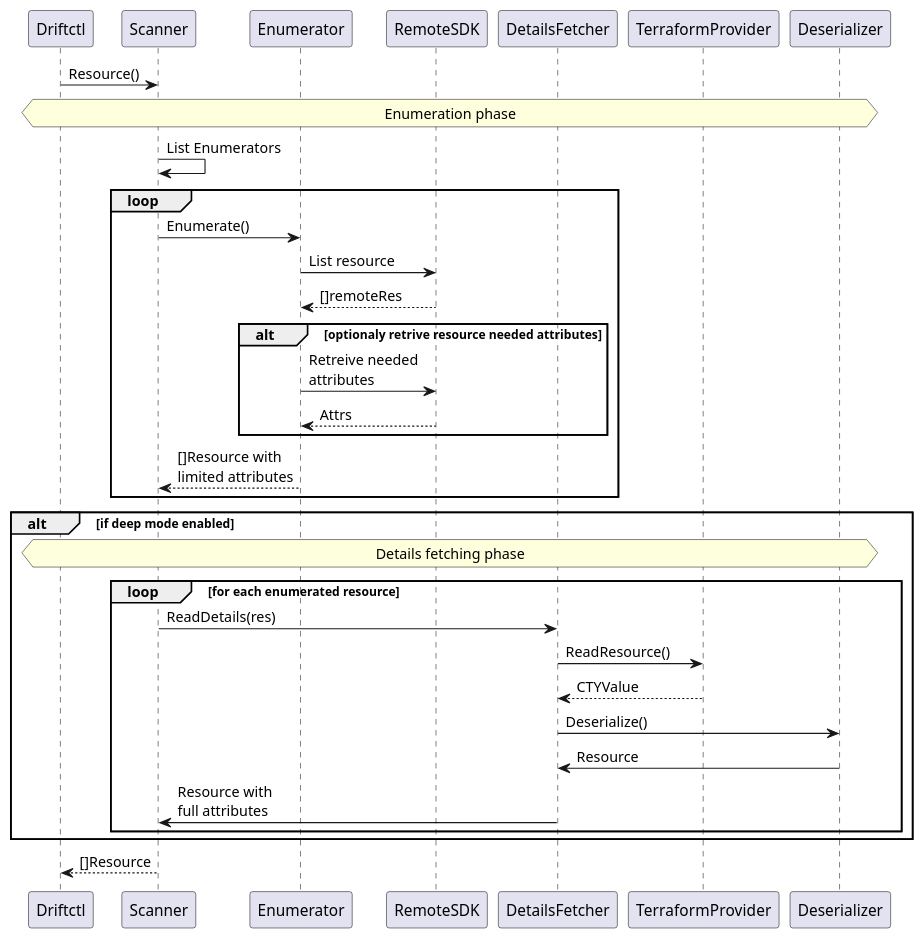
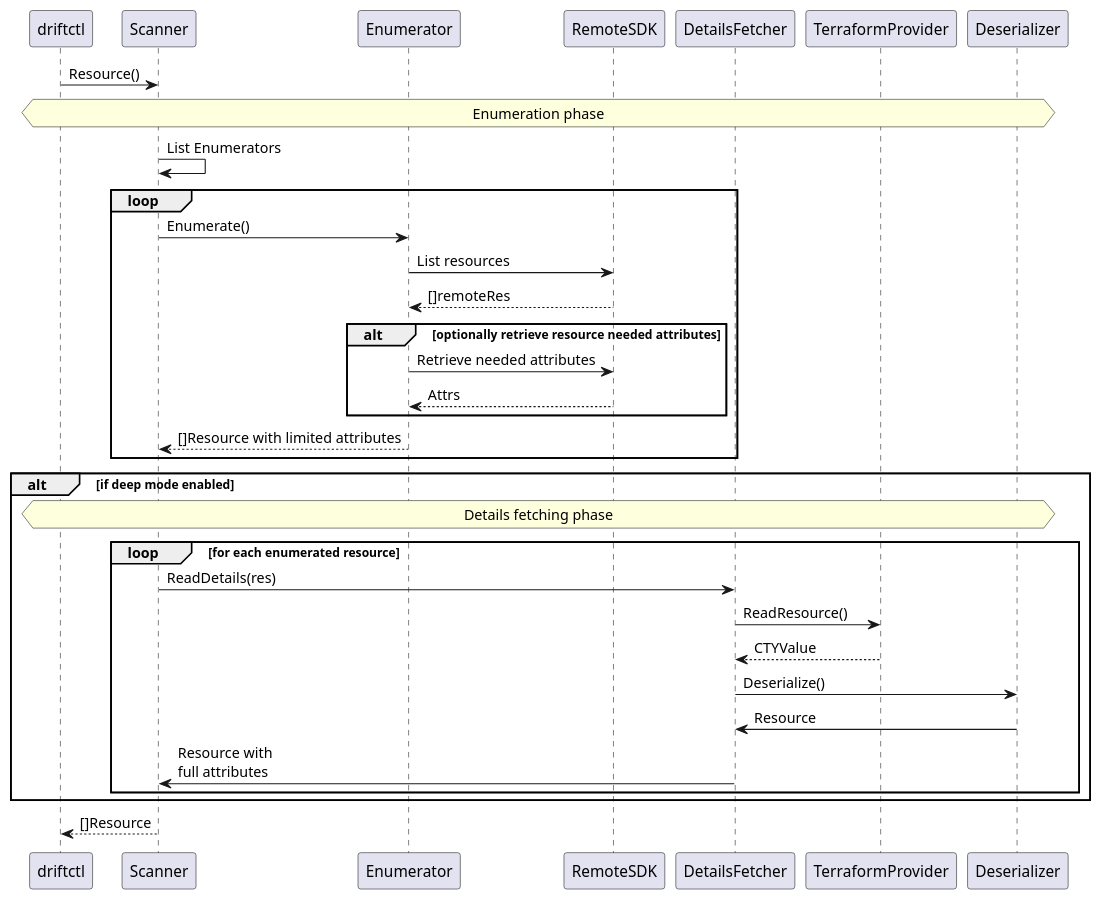
One commit to snyk/driftctl changed the diagram in docs/media/resource.puml. Above: the diagram before and after it, drawn with PlantUML. The commit also changed 7 other files, not shown here.

```diff
--- a/docs/media/resource.puml
+++ b/docs/media/resource.puml
@@ -1,27 +1,27 @@
 @startuml
-Driftctl -> Scanner: Resource()
+driftctl -> Scanner: Resource()
 hnote across: Enumeration phase
 Scanner -> Scanner: List Enumerators
 loop
 Scanner -> Enumerator: Enumerate()
-Enumerator -> RemoteSDK: List resource
+Enumerator -> RemoteSDK: List resources
 RemoteSDK --> Enumerator: []remoteRes
-alt optionaly retrive resource needed attributes
-Enumerator -> RemoteSDK: Retreive needed\nattributes
+alt optionally retrieve resource needed attributes
+Enumerator -> RemoteSDK: Retrieve needed attributes
 RemoteSDK --> Enumerator: Attrs
 end
-Enumerator --> Scanner: []Resource with\nlimited attributes
+Enumerator --> Scanner: []Resource with limited attributes
 end
 alt if deep mode enabled
 hnote across: Details fetching phase
 loop for each enumerated resource
 Scanner -> DetailsFetcher: ReadDetails(res)
 DetailsFetcher -> TerraformProvider: ReadResource()
 TerraformProvider --> DetailsFetcher: CTYValue
 DetailsFetcher -> Deserializer: Deserialize()
 Deserializer -> DetailsFetcher: Resource
 DetailsFetcher -> Scanner: Resource with\nfull attributes
 end
 end
-Scanner --> Driftctl: []Resource
+Scanner --> driftctl: []Resource
 @enduml
```
